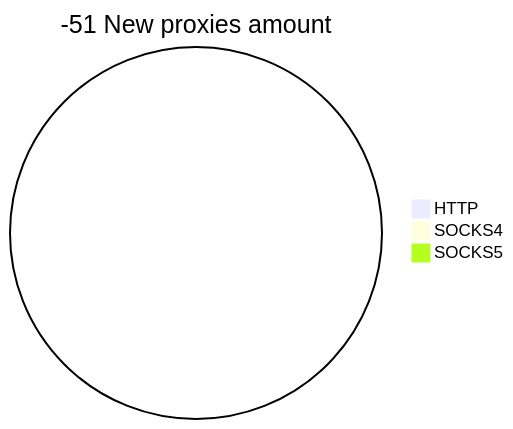
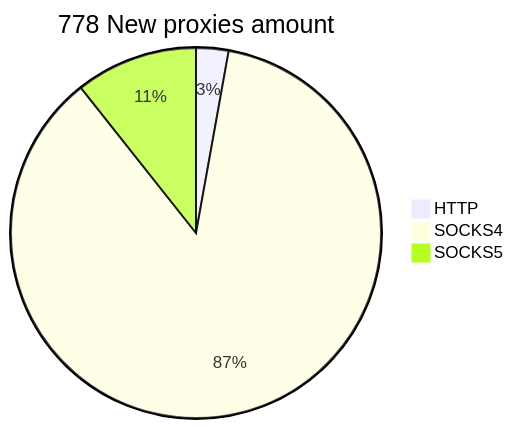
Before and after one commit to cutipu/proxylist: the second of 2 diagrams in README.md, drawn with Mermaid. The commit also changed other lines of this file, not shown here.

````diff
--- a/README.md
+++ b/README.md
@@ -10,6 +10,6 @@
 ```mermaid
-pie title -51 New proxies amount
-    "HTTP" : 0
-    "SOCKS4" : 0
-    "SOCKS5" : 0
+pie title 778 New proxies amount
+    "HTTP" : 22
+    "SOCKS4" : 673
+    "SOCKS5" : 83
 ```
````
